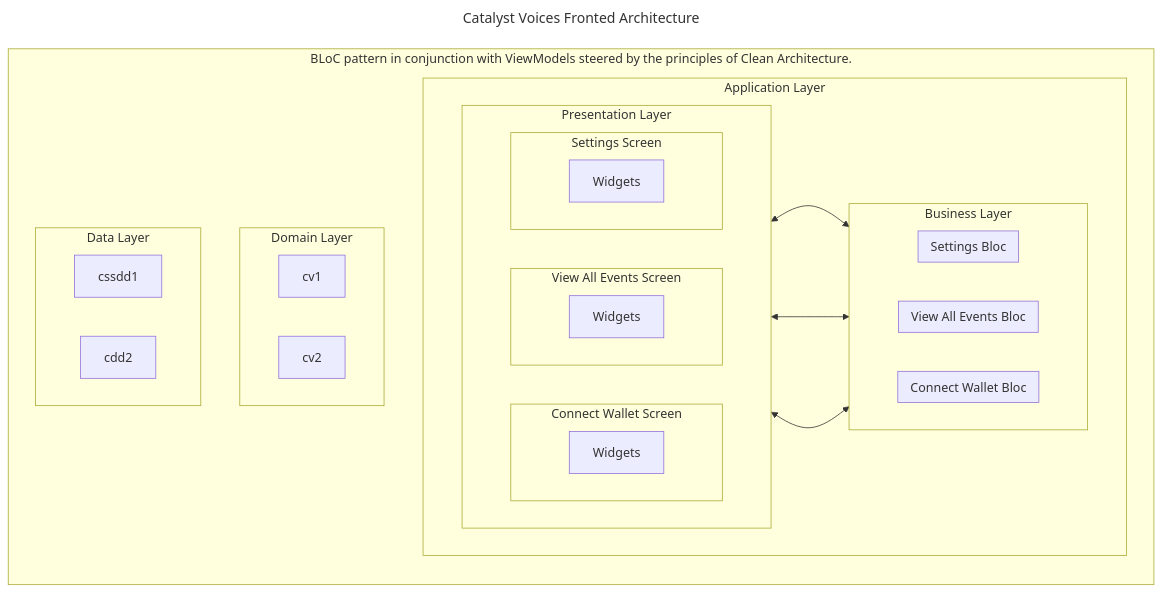
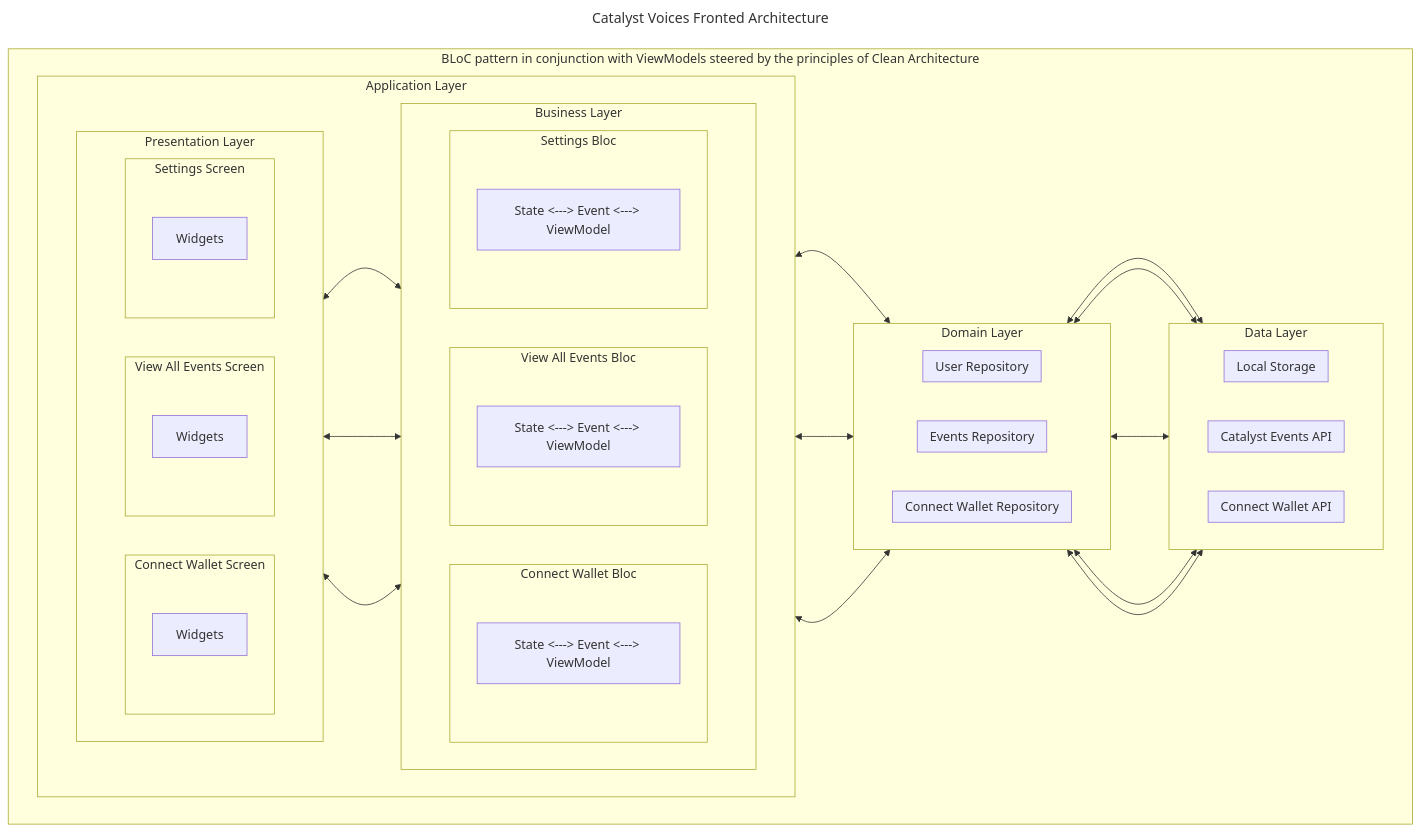
Before and after one commit to input-output-hk/catalyst-voices: the diagram in docs/src/architecture/09_architecture_decisions/0005-flutter-app.md, drawn with Mermaid. The commit also changed other lines of this file, not shown here.

````diff
--- a/docs/src/architecture/09_architecture_decisions/0005-flutter-app.md
+++ b/docs/src/architecture/09_architecture_decisions/0005-flutter-app.md
@@ -37,43 +35,64 @@
 ```mermaid
 ---
 title: Catalyst Voices Fronted Architecture
 ---
-flowchart LR
-    subgraph id1 [BLoC pattern in conjunction with ViewModels steered by the principles of Clean Architecture.]
-      subgraph id2 [Application Layer]
+flowchart TB
+    subgraph id1 [BLoC pattern in conjunction with ViewModels steered by the principles of Clean Architecture]
+      subgraph al01 [Application Layer]
       direction LR
-      subgraph id3 [Presentation Layer]
-      direction RL
-        subgraph id4 [Connect Wallet Screen]
-        id01[Widgets]
+      subgraph al02 [Presentation Layer]
+      direction LR
+        subgraph al03 [Connect Wallet Screen]
+        w1[Widgets]
         end
-        subgraph id5 [View All Events Screen]
-        id02[Widgets]
+        subgraph al04 [View All Events Screen]
+        w2[Widgets]
         end
-        subgraph id6 [Settings Screen]
-        id03[Widgets]
+        subgraph al05 [Settings Screen]
+        w3[Widgets]
         end
       end
-      subgraph id5555 [Business Layer]
-      direction RL
-        subgraph id7 [Connect Wallet Bloc]
+      subgraph bl01 [Business Layer]
+      direction LR
+        subgraph bl02 [Connect Wallet Bloc]
+        vm01[State <---> Event <---> ViewModel]
         end
-        subgraph id8 [View All Events Bloc]
+        subgraph bl03 [View All Events Bloc]
+        vm02[State <---> Event <---> ViewModel]
         end
-        subgraph id9 [Settings Bloc]
+        subgraph bl04 [Settings Bloc]
+        vm03[State <---> Event <---> ViewModel]
         end
       end
       end
-    subgraph Domain Layer
-    cv1
-    cv2
+    subgraph dl01 [Domain Layer]
+    direction RL
+    subgraph dl02 [Connect Wallet Repository]
+    end
+    subgraph dl03 [Events Repository]
+    end
+    subgraph dl04 [User Repository]
+    end
     end
     subgraph Data Layer
-    cssdd1
-    cdd2
+    direction RL
+    subgraph dl05 [Connect Wallet API]
+    end
+    subgraph dl06 [Catalyst Events API]
+    end
+    subgraph dl07 [Local Storage]
     end
     end
-    id4 <--> id7
-    id5 <--> id8
-    id6 <--> id9
+    end
+    al03 <--> bl02
+    al04 <--> bl03
+    al05 <--> bl04
+    bl02 <--> dl02
+    bl03 <--> dl03
+    bl04 <--> dl04
+    dl02 <--> dl05
+    dl02 <--> dl07
+    dl03 <--> dl06
+    dl03 <--> dl07
+    dl04 <--> dl07
 ```
````
